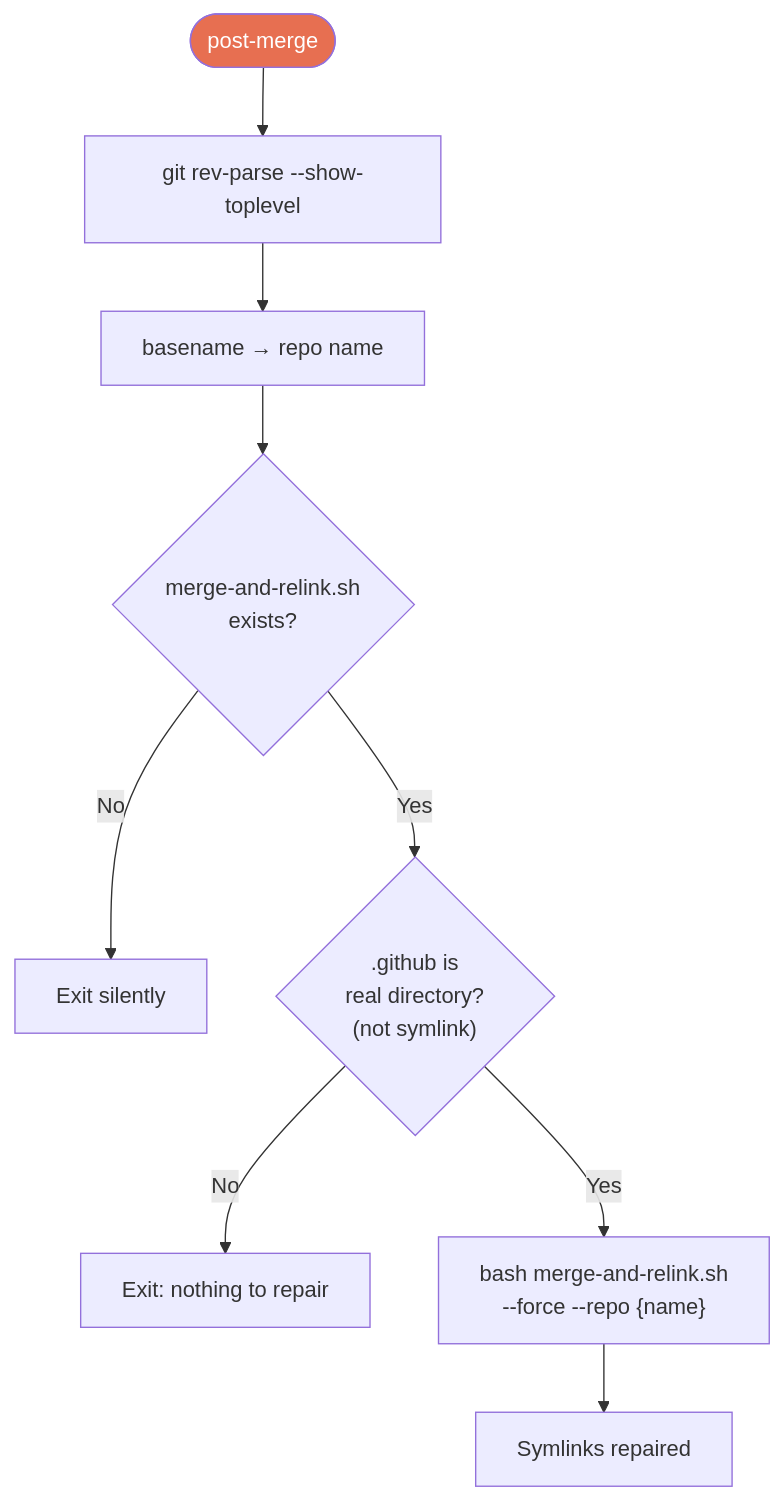
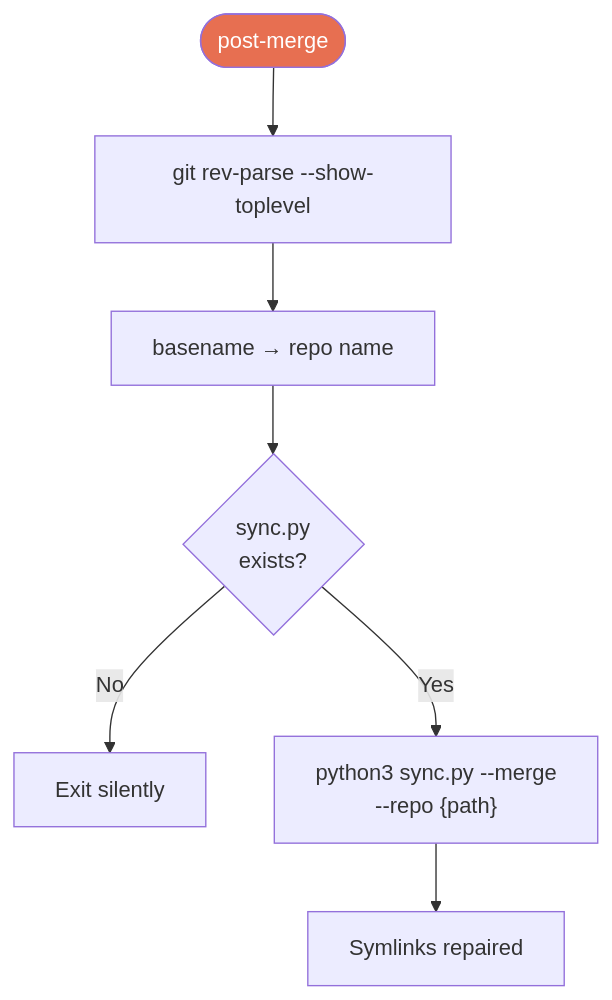
Diagram 11 of 16 in docs/DESIGN-DIAGRAMS.md (ElliottBregni/obscura), drawn with Mermaid before and after one commit. The commit also changed other lines of this file and 35 other files, not shown here.

````diff
--- a/docs/DESIGN-DIAGRAMS.md
+++ b/docs/DESIGN-DIAGRAMS.md
@@ -644,13 +356,11 @@
 ```mermaid
 flowchart TD
     Hook([post-merge]) --> GetRoot["git rev-parse --show-toplevel"]
     GetRoot --> GetName["basename → repo name"]
-    GetName --> CheckScript{"merge-and-relink.sh<br/>exists?"}
+    GetName --> CheckScript{"sync.py<br/>exists?"}
     CheckScript -->|No| Noop["Exit silently"]
-    CheckScript -->|Yes| CheckGithub{".github is<br/>real directory?<br/>(not symlink)"}
-    CheckGithub -->|No| Noop2["Exit: nothing to repair"]
-    CheckGithub -->|Yes| RunMerge["bash merge-and-relink.sh<br/>--force --repo {name}"]
+    CheckScript -->|Yes| RunMerge["python3 sync.py --merge<br/>--repo {path}"]
     RunMerge --> Repaired["Symlinks repaired"]
 
     style Hook fill:#e76f51,color:#fff
 ```
````
